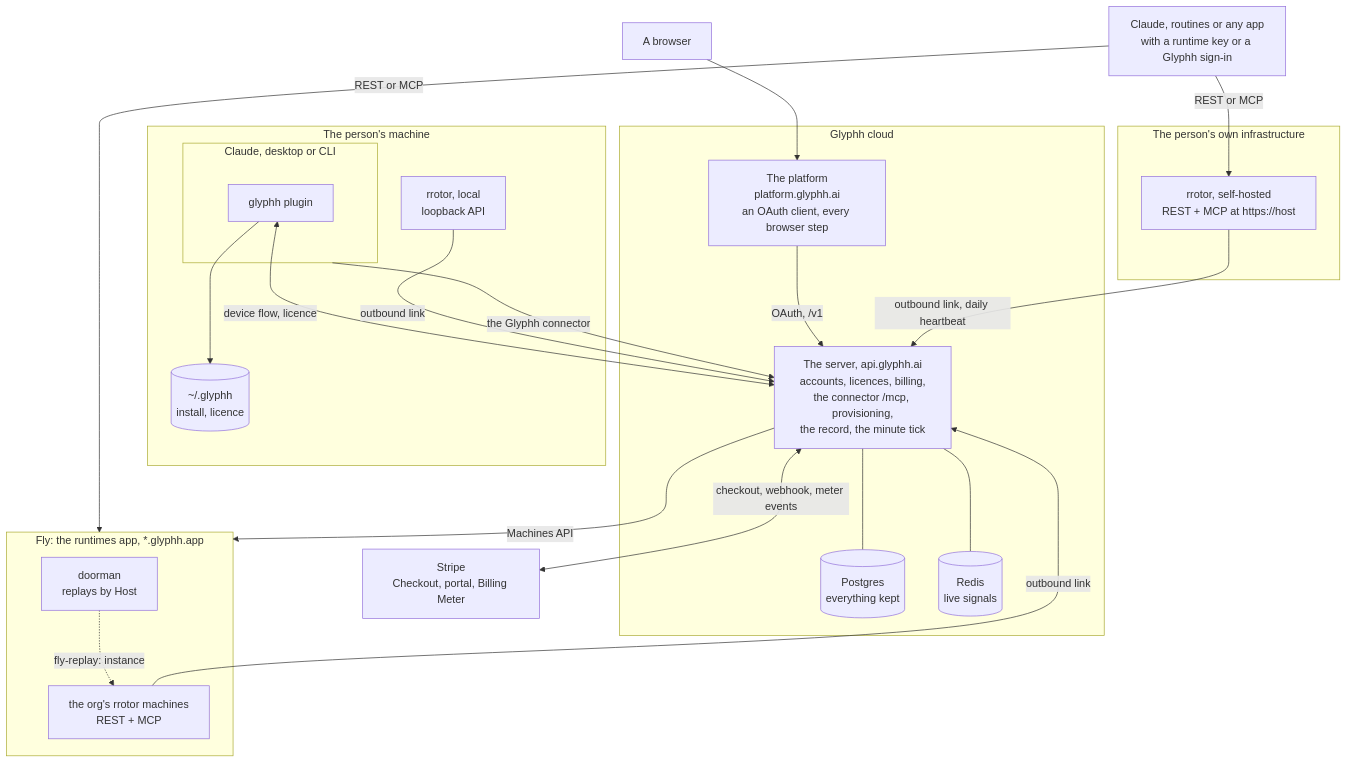
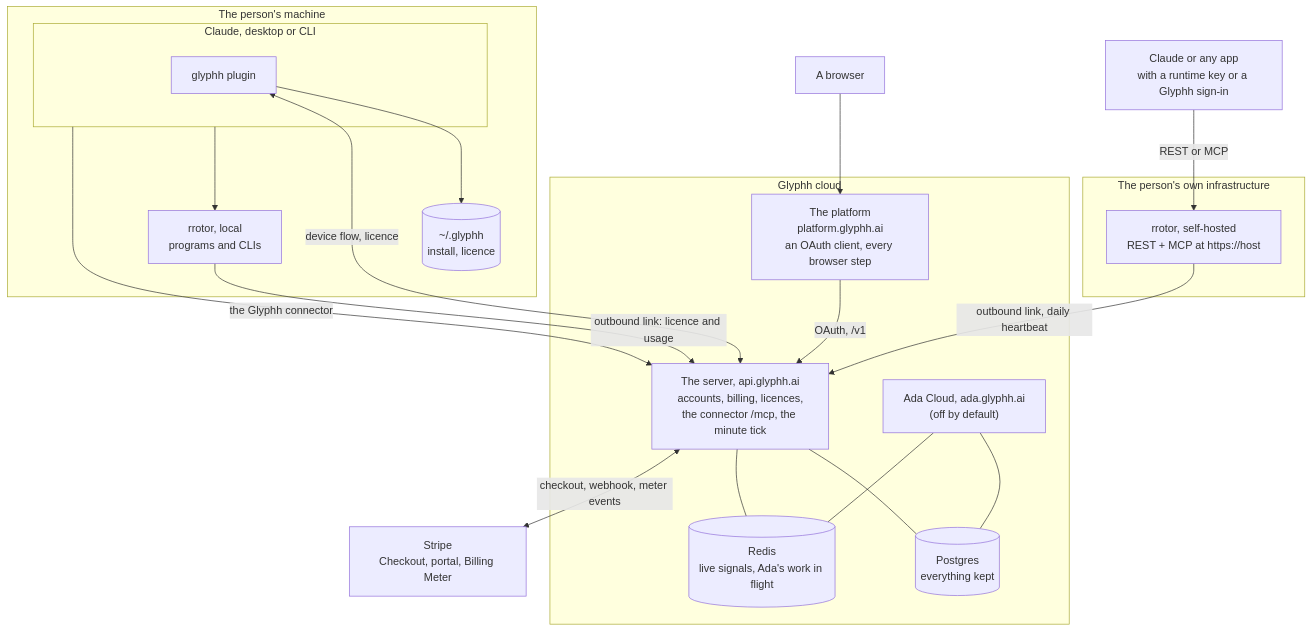
One commit to glyphh-ai/server changed the first of 3 diagrams in docs/architecture.md. Above: the diagram before and after it, drawn with Mermaid. The commit also changed other lines of this file and 8 other files, not shown here.

First line of the commit message:
The docs describe the server as built: accounts, billing, licences for local rrotors, the connector and Ada Cloud

````diff
--- a/docs/architecture.md
+++ b/docs/architecture.md
@@ -23,46 +23,41 @@
 ```mermaid
 flowchart TB
     subgraph Machine["The person's machine"]
         subgraph Claude["Claude, desktop or CLI"]
             Base["glyphh plugin"]
         end
-        LocalRotor["rrotor, local<br/>loopback API"]
+        LocalRotor["rrotor, local<br/>programs and CLIs"]
         Local[("~/.glyphh<br/>install, licence")]
         Base --> Local
+        Claude --> LocalRotor
     end
 
     Browser["A browser"]
-    Callers["Claude, routines or any app<br/>with a runtime key or a Glyphh sign-in"]
+    Callers["Claude or any app<br/>with a runtime key or a Glyphh sign-in"]
     Stripe["Stripe<br/>Checkout, portal, Billing Meter"]
 
     subgraph Cloud["Glyphh cloud"]
         Platform["The platform<br/>platform.glyphh.ai<br/>an OAuth client, every browser step"]
-        API["The server, api.glyphh.ai<br/>accounts, licences, billing,<br/>the connector /mcp, provisioning,<br/>the record, the minute tick"]
+        API["The server, api.glyphh.ai<br/>accounts, billing, licences,<br/>the connector /mcp, the minute tick"]
+        Ada["Ada Cloud, ada.glyphh.ai<br/>(off by default)"]
         DB[("Postgres<br/>everything kept")]
-        Redis[("Redis<br/>live signals")]
+        Redis[("Redis<br/>live signals, Ada's work in flight")]
         Platform -- "OAuth, /v1" --> API
         API --- DB
         API --- Redis
-    end
-
-    subgraph Fly["Fly: the runtimes app, *.glyphh.app"]
-        Door["doorman<br/>replays by Host"]
-        Rotor["the org's rrotor machines<br/>REST + MCP"]
-        Door -. "fly-replay: instance" .-> Rotor
+        Ada --- DB
+        Ada --- Redis
     end
 
     subgraph Own["The person's own infrastructure"]
         Self["rrotor, self-hosted<br/>REST + MCP at https://host"]
     end
 
     Browser --> Platform
     Base <-- "device flow, licence" --> API
     Claude -- "the Glyphh connector" --> API
-    Callers -- "REST or MCP" --> Fly
     Callers -- "REST or MCP" --> Self
-    Rotor -- "outbound link" --> API
-    LocalRotor -- "outbound link" --> API
+    LocalRotor -- "outbound link: licence and usage" --> API
     Self -- "outbound link, daily heartbeat" --> API
-    API -- "Machines API" --> Fly
     API <-- "checkout, webhook, meter events" --> Stripe
 ```
````
